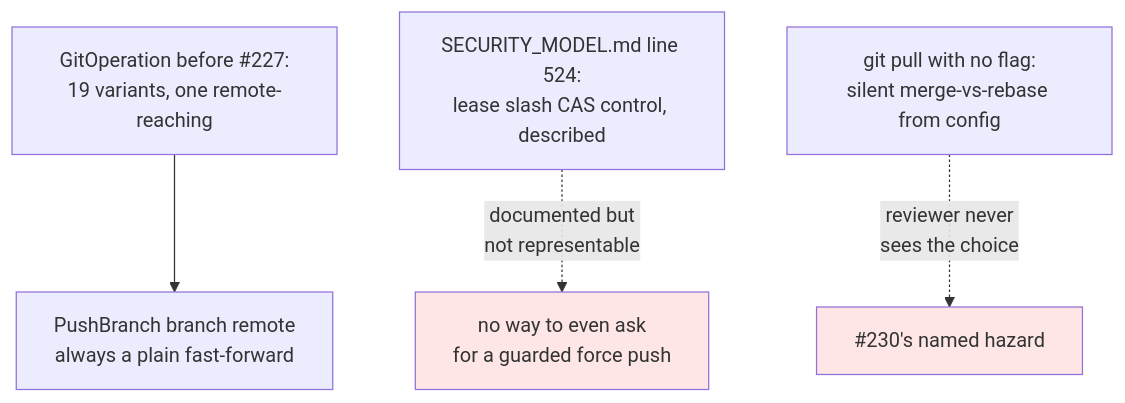
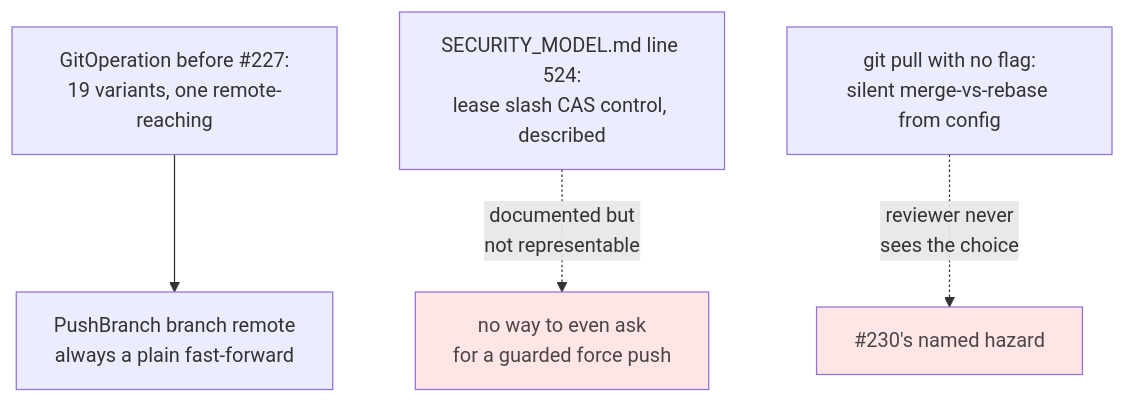
Before and after one commit to tom2025b/git-vista: the first of 7 diagrams in docs/adr/0039-remote-operation-vocabulary.md, drawn with Mermaid. The commit also changed other lines of this file and 21 other files, not shown here.

````diff
--- a/docs/adr/0039-remote-operation-vocabulary.md
+++ b/docs/adr/0039-remote-operation-vocabulary.md
@@ -59,8 +59,8 @@
 ```mermaid
 flowchart TD
     A["GitOperation before #227:<br/>19 variants, one remote-reaching"] --> B["PushBranch branch remote<br/>always a plain fast-forward"]
     C["SECURITY_MODEL.md line 524:<br/>lease slash CAS control, described"] -.->|"documented but<br/>not representable"| D["no way to even ask<br/>for a guarded force push"]
     E["git pull with no flag:<br/>silent merge-vs-rebase from config"] -.->|"reviewer never<br/>sees the choice"| F["#230's named hazard"]
-    style D fill:#ffe6e6
-    style F fill:#ffe6e6
+    style D fill:#ffe6e6,color:#4c4545
+    style F fill:#ffe6e6,color:#4c4545
 ```
````
